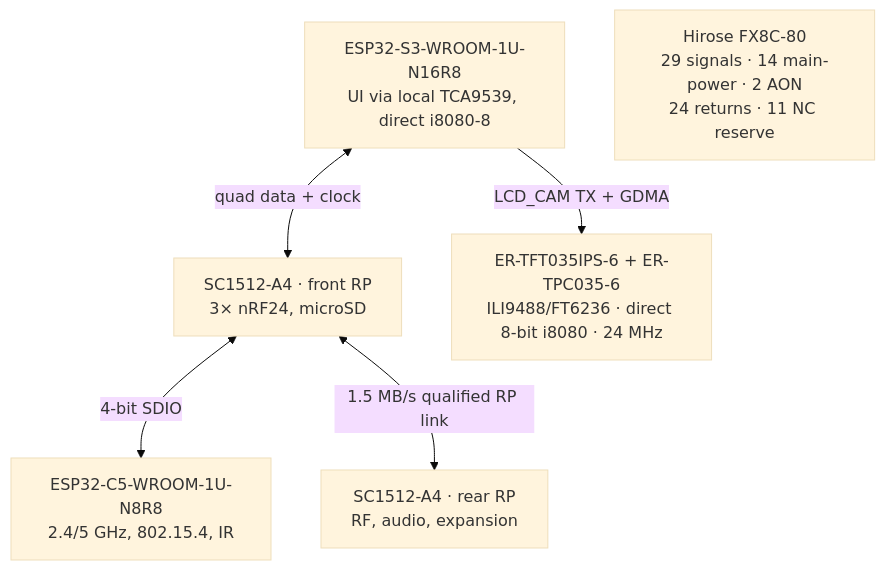
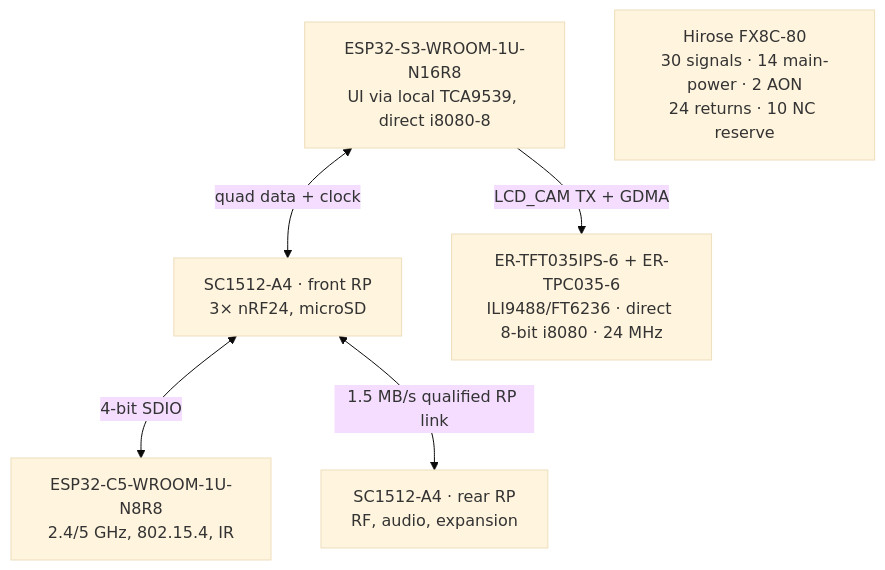
The diagram in docs/schematics.md (anton-vinogradov/esp32-leshy2), drawn with Mermaid (base theme) before and after one commit. The commit also changed 132 other files, not shown here.

````diff
--- a/docs/schematics.md
+++ b/docs/schematics.md
@@ -34,14 +34,14 @@
 ```mermaid
 flowchart TD
   S3["ESP32-S3-WROOM-1U-N16R8<br/>UI via local TCA9539, direct i8080-8"]
   C5["ESP32-C5-WROOM-1U-N8R8<br/>2.4/5 GHz, 802.15.4, IR"]
   FRP["SC1512-A4 · front RP<br/>3× nRF24, microSD"]
   RRP["SC1512-A4 · rear RP<br/>RF, audio, expansion"]
   LCD["ER-TFT035IPS-6 + ER-TPC035-6<br/>ILI9488/FT6236 · direct 8-bit i8080 · 24 MHz"]
-  M1["Hirose FX8C-80<br/>29 signals · 14 main-power · 2 AON<br/>24 returns · 11 NC reserve"]
+  M1["Hirose FX8C-80<br/>30 signals · 14 main-power · 2 AON<br/>24 returns · 10 NC reserve"]
 
   S3 -->|"LCD_CAM TX + GDMA"| LCD
   S3 <-->|"quad data + clock"| FRP
   FRP <-->|"4-bit SDIO"| C5
   FRP <-->|"1.5 MB/s qualified RP link"| RRP
 ```
````
